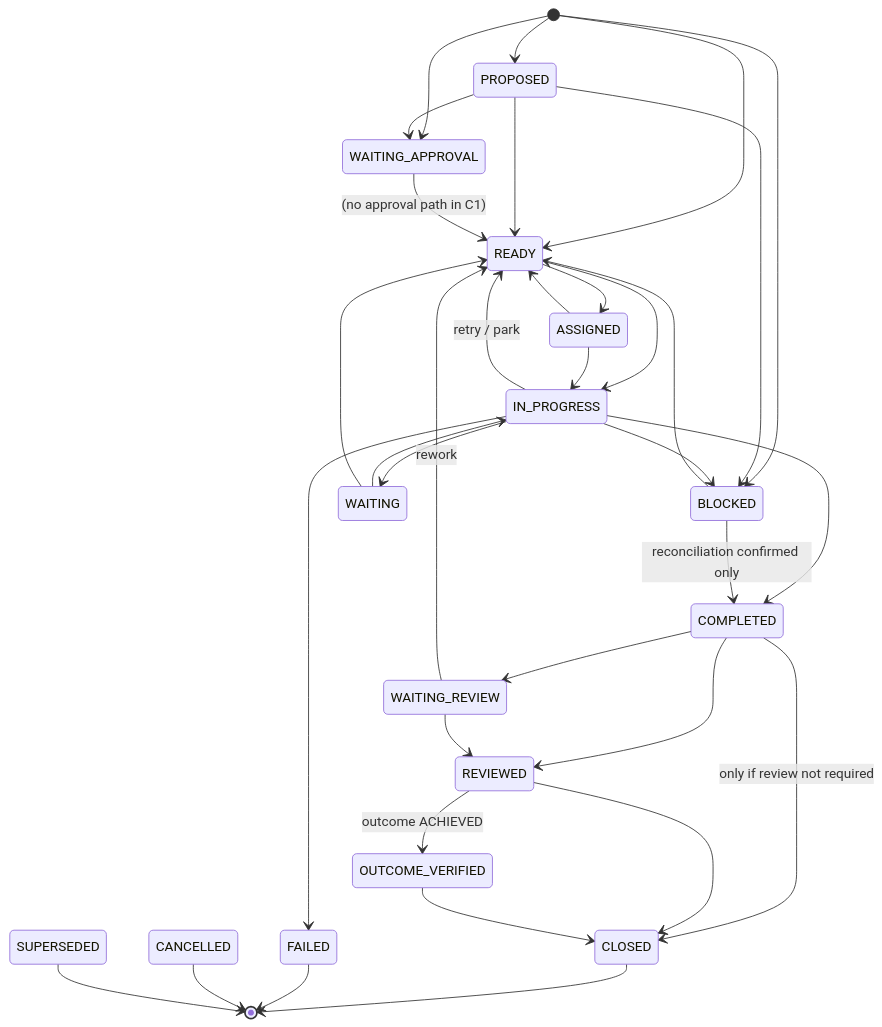
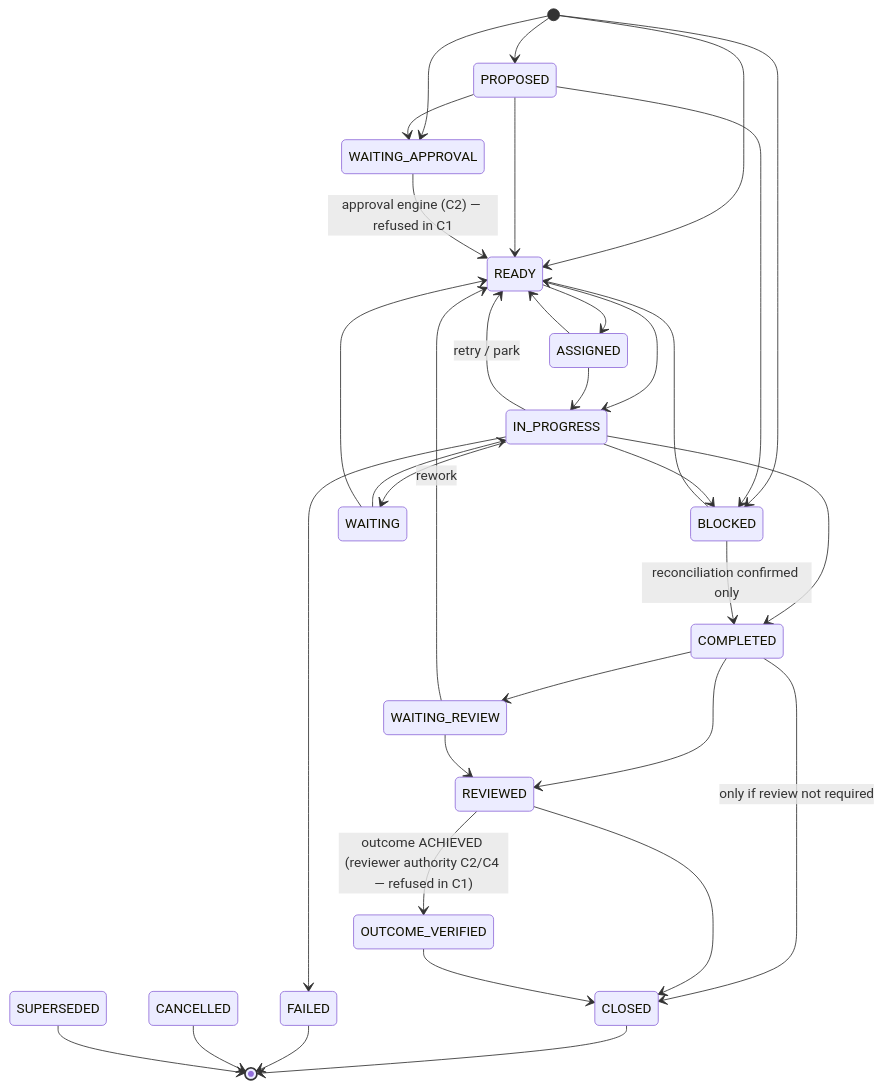
Before and after one commit to allamqandeel/qandeel-company: the second of 2 diagrams in docs/c1/C1_SCHEMA_AND_STATE.md, drawn with Mermaid. The commit also changed other lines of this file and 29 other files, not shown here.

````diff
--- a/docs/c1/C1_SCHEMA_AND_STATE.md
+++ b/docs/c1/C1_SCHEMA_AND_STATE.md
@@ -66,36 +66,36 @@
 ```mermaid
 stateDiagram-v2
   [*] --> PROPOSED
   [*] --> READY
   [*] --> BLOCKED
   [*] --> WAITING_APPROVAL
   PROPOSED --> READY
   PROPOSED --> BLOCKED
   PROPOSED --> WAITING_APPROVAL
   READY --> ASSIGNED
   READY --> IN_PROGRESS
   ASSIGNED --> IN_PROGRESS
   ASSIGNED --> READY
   IN_PROGRESS --> WAITING
   IN_PROGRESS --> BLOCKED
   IN_PROGRESS --> READY : retry / park
   IN_PROGRESS --> COMPLETED
   IN_PROGRESS --> FAILED
   WAITING --> IN_PROGRESS
   WAITING --> READY
   BLOCKED --> READY
   BLOCKED --> COMPLETED : reconciliation confirmed only
-  WAITING_APPROVAL --> READY : (no approval path in C1)
+  WAITING_APPROVAL --> READY : approval engine (C2) — refused in C1
   COMPLETED --> WAITING_REVIEW
   COMPLETED --> REVIEWED
   COMPLETED --> CLOSED : only if review not required
   WAITING_REVIEW --> REVIEWED
   WAITING_REVIEW --> READY : rework
-  REVIEWED --> OUTCOME_VERIFIED : outcome ACHIEVED
+  REVIEWED --> OUTCOME_VERIFIED : outcome ACHIEVED (reviewer authority C2/C4 — refused in C1)
   REVIEWED --> CLOSED
   OUTCOME_VERIFIED --> CLOSED
   CLOSED --> [*]
   FAILED --> [*]
   CANCELLED --> [*]
   SUPERSEDED --> [*]
 ```
````
